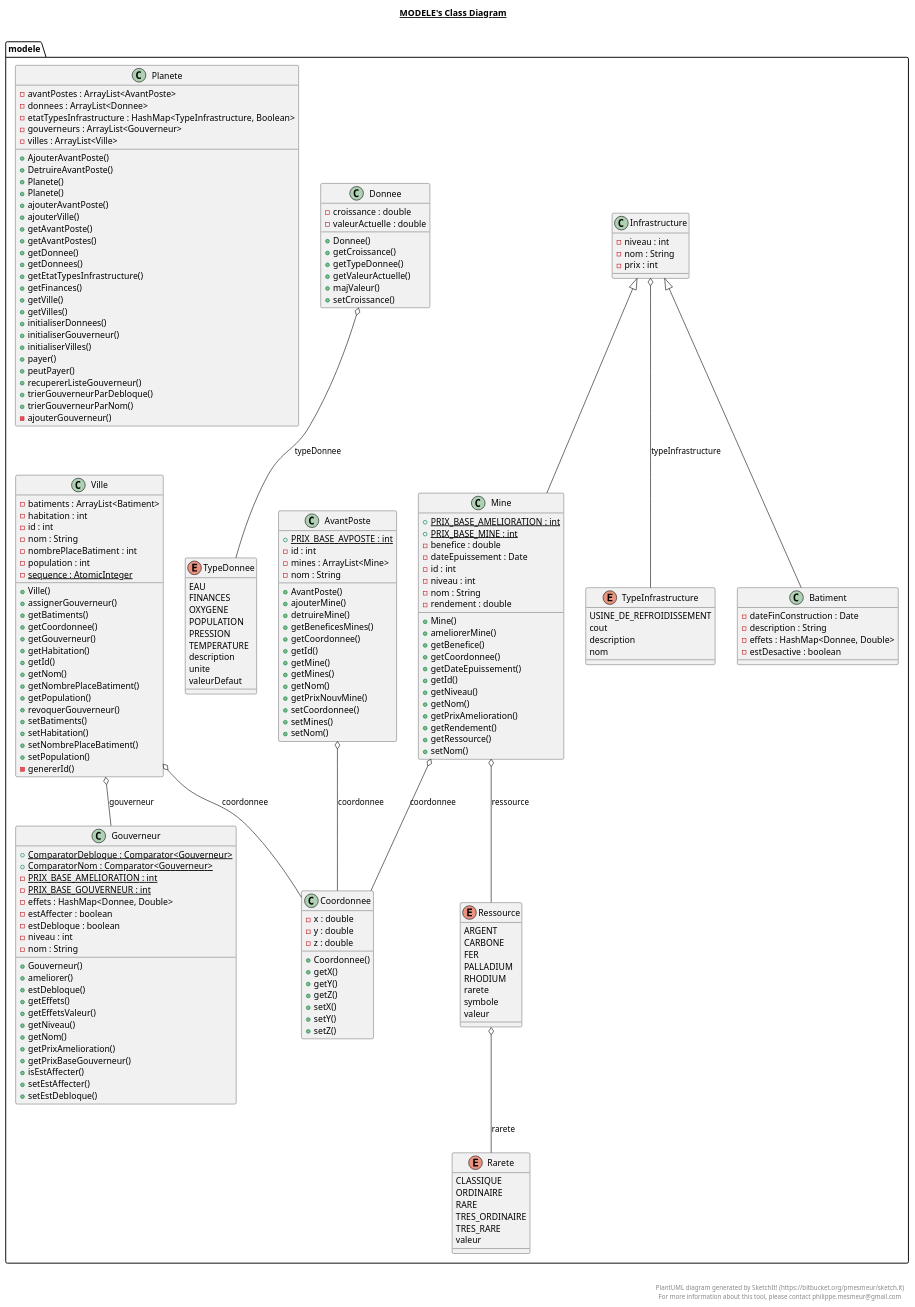
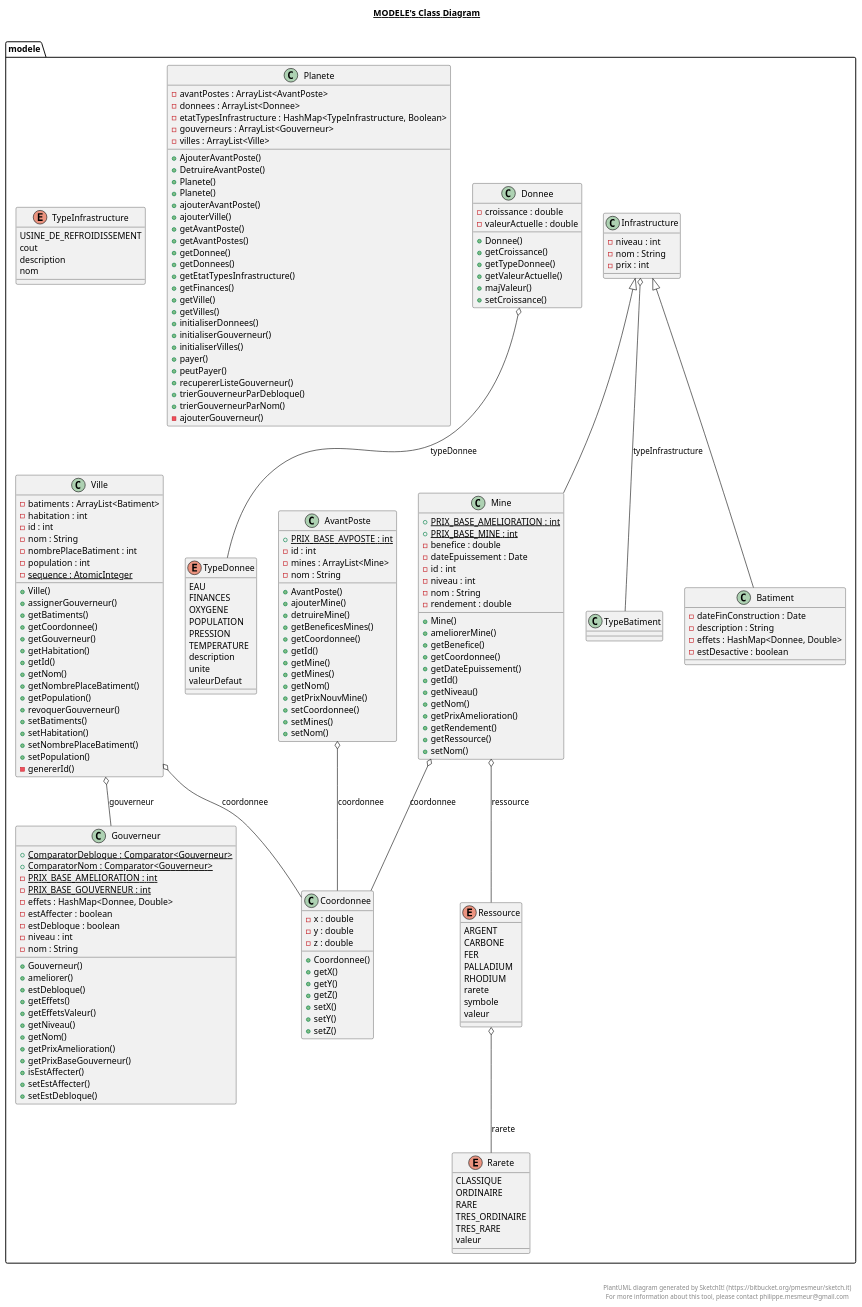
One commit to h-loic/TerraGenesis_AP4B changed the diagram in src/modele/modele.plantuml. Above: the diagram before and after it, drawn with PlantUML. The commit also changed 9 other files, not shown here.

```diff
--- a/src/modele/modele.plantuml
+++ b/src/modele/modele.plantuml
@@ -244,7 +244,7 @@
   modele.AvantPoste o-- modele.Coordonnee : coordonnee
   modele.Batiment -up-|> modele.Infrastructure
   modele.Donnee o-- modele.TypeDonnee : typeDonnee
-  modele.Infrastructure o-- modele.TypeInfrastructure : typeInfrastructure
+  modele.Infrastructure o-- modele.TypeBatiment : typeInfrastructure
   modele.Mine -up-|> modele.Infrastructure
   modele.Mine o-- modele.Coordonnee : coordonnee
   modele.Mine o-- modele.Ressource : ressource
```
